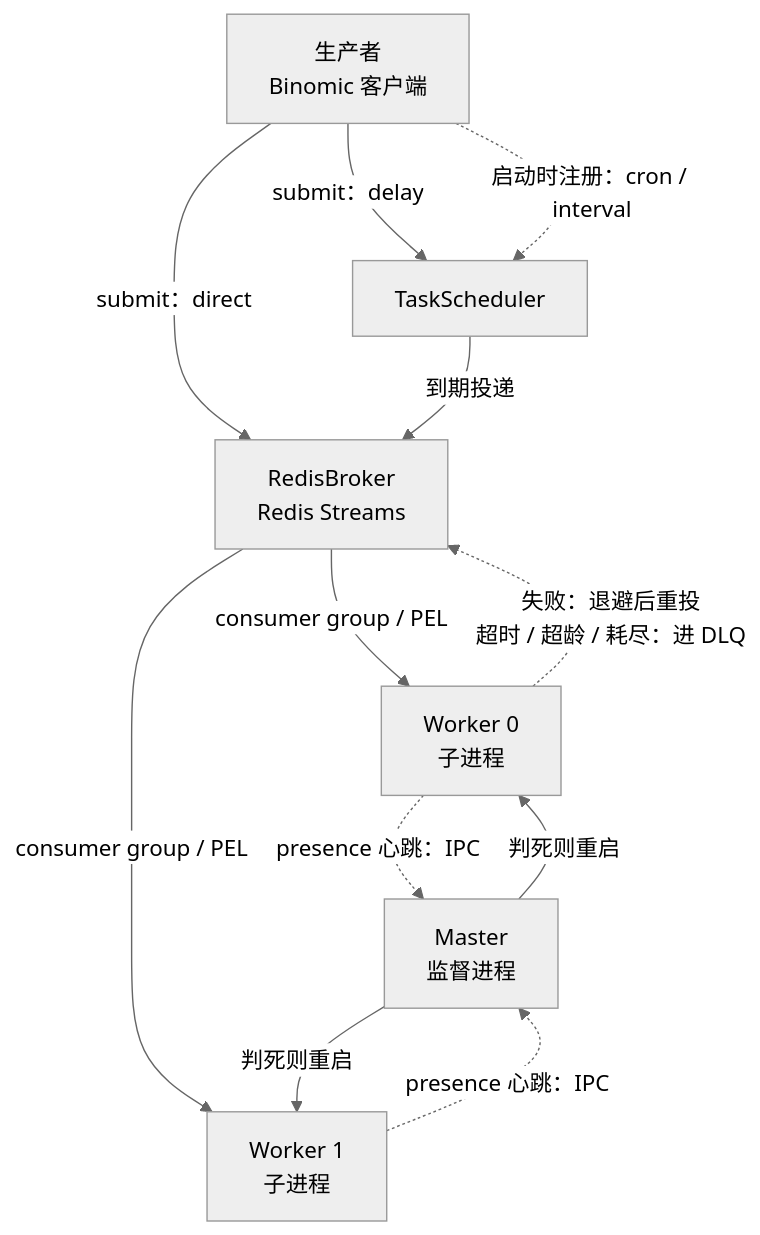
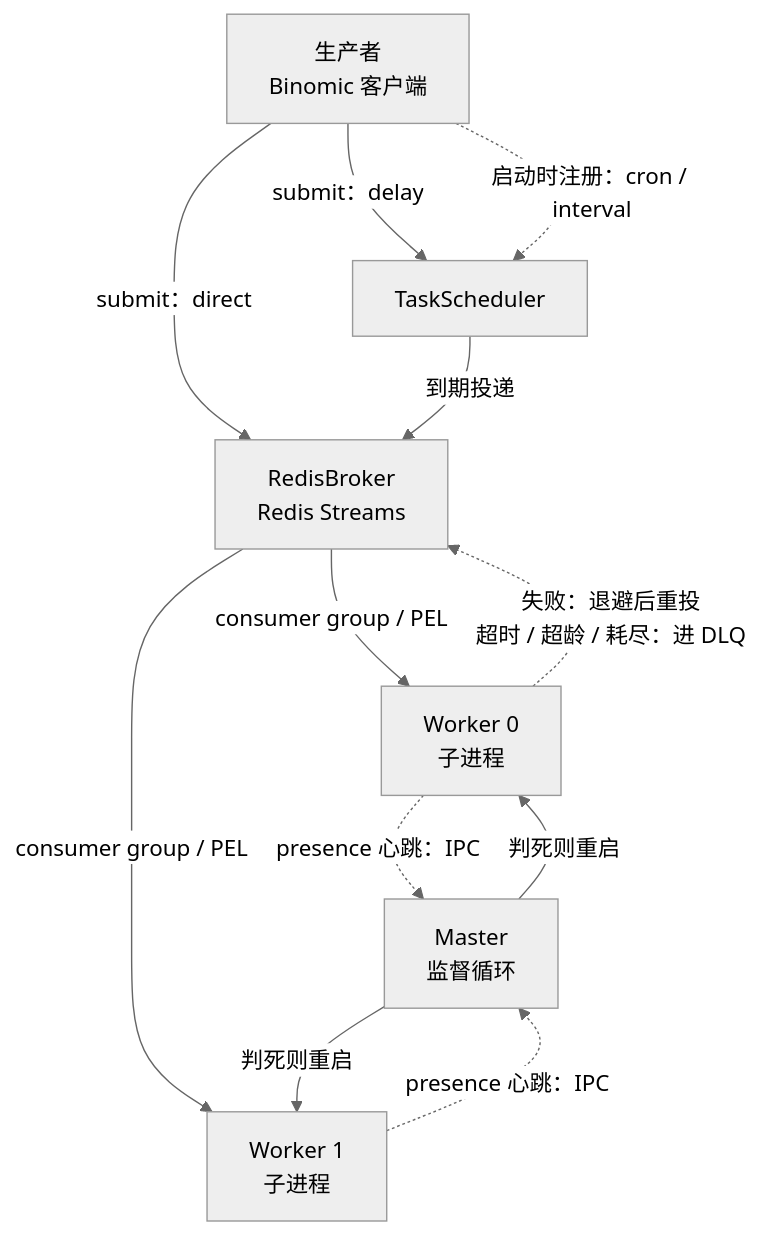
One commit to Ahsen17/binomic changed the diagram in README.md. Above: the diagram before and after it, drawn with Mermaid (neutral theme). The commit also changed other lines of this file and 11 other files, not shown here.

````diff
--- a/README.md
+++ b/README.md
@@ -137,14 +143,14 @@
 ```mermaid
 flowchart TD
     P[生产者<br>Binomic 客户端] -->|submit：direct| B[RedisBroker<br>Redis Streams]
     P -->|submit：delay| S[TaskScheduler]
     P -.->|启动时注册：cron / interval| S
     S -->|到期投递| B
     B -->|consumer group / PEL| W1[Worker 0<br>子进程]
     B -->|consumer group / PEL| W2[Worker 1<br>子进程]
     W1 -.->|失败：退避后重投<br>超时 / 超龄 / 耗尽：进 DLQ| B
-    M[Master<br>监督进程] -->|判死则重启| W1
+    M[Master<br>监督循环] -->|判死则重启| W1
     M -->|判死则重启| W2
     W1 -.->|presence 心跳：IPC| M
     W2 -.->|presence 心跳：IPC| M
 ```
````
